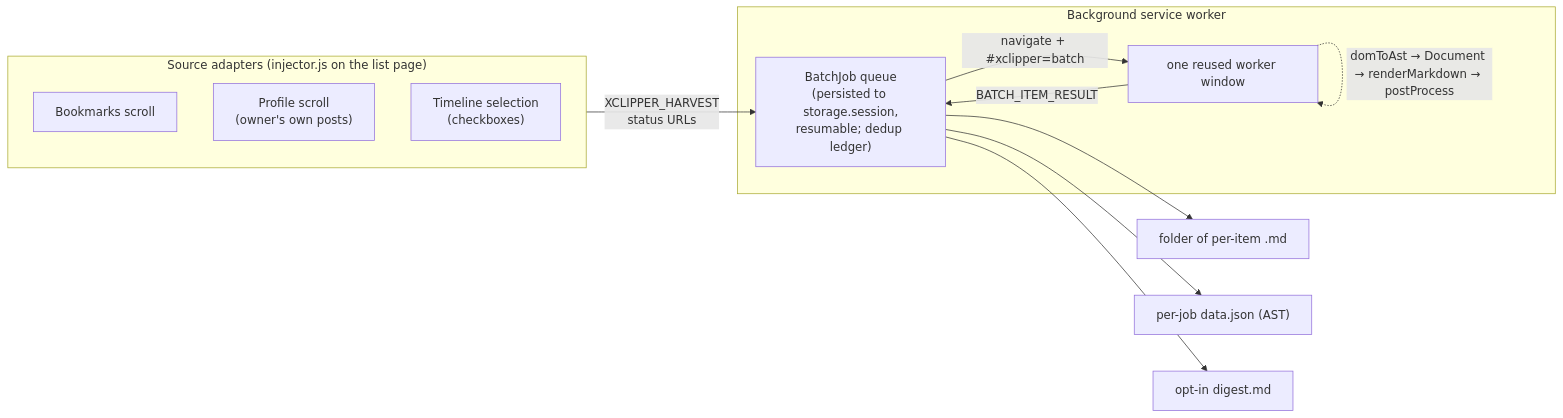
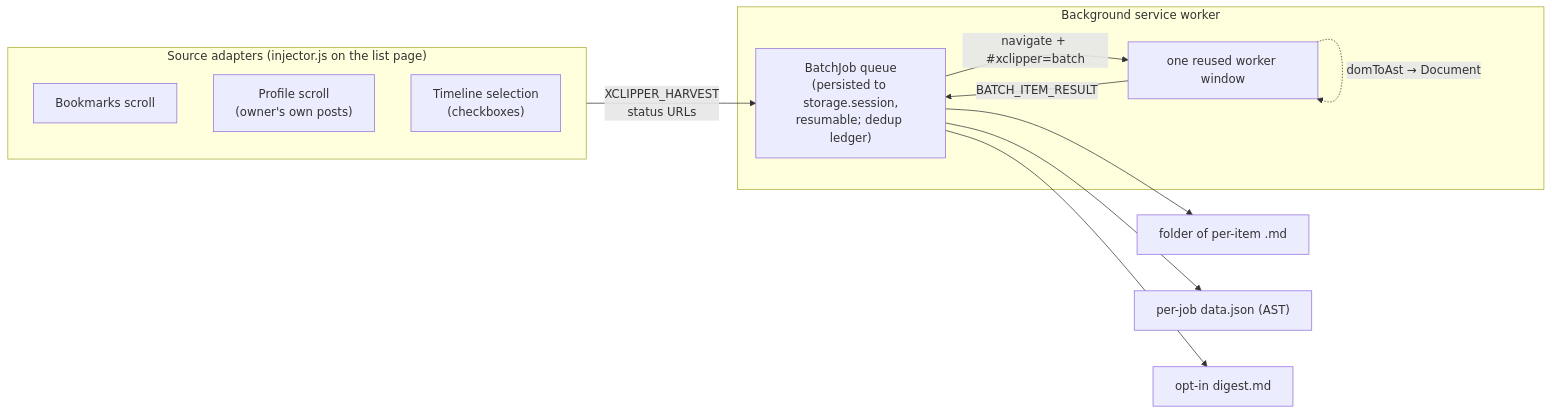
The sixth of 6 diagrams in docs/architecture.md (zendegani/XClipper), drawn with Mermaid before and after one commit. The commit also changed other lines of this file and 2 other files, not shown here.

Commit message:
docs: record one set of batch output rules for every engine
ADR 0002 gets an amendment: the worker reports only the AST, and
batch-sink.ts owns the output rules and the per-item render for Manual,
Auto and Super. architecture.md follows, and the changelog notes that a
Manual batch now keeps its starting settings for the whole run.

Refs #138

````diff
--- a/docs/architecture.md
+++ b/docs/architecture.md
@@ -160,19 +160,19 @@
 ```mermaid
 flowchart LR
   subgraph Sources["Source adapters (injector.js on the list page)"]
     Bm["Bookmarks scroll"]
     Pf["Profile scroll<br/>(owner's own posts)"]
     Sel["Timeline selection<br/>(checkboxes)"]
   end
   Sources -->|"XCLIPPER_HARVEST<br/>status URLs"| Queue
   subgraph BG["Background service worker"]
     Queue["BatchJob queue<br/>(persisted to storage.session,<br/>resumable; dedup ledger)"]
     Worker["one reused worker window"]
     Queue -->|"navigate + #xclipper=batch"| Worker
     Worker -->|"BATCH_ITEM_RESULT"| Queue
   end
-  Worker -.->|"domToAst → Document → renderMarkdown → postProcess"| Worker
+  Worker -.->|"domToAst → Document"| Worker
   Queue --> Folder["folder of per-item .md"]
   Queue --> Json["per-job data.json (AST)"]
   Queue --> Digest["opt-in digest.md"]
 ```
````
